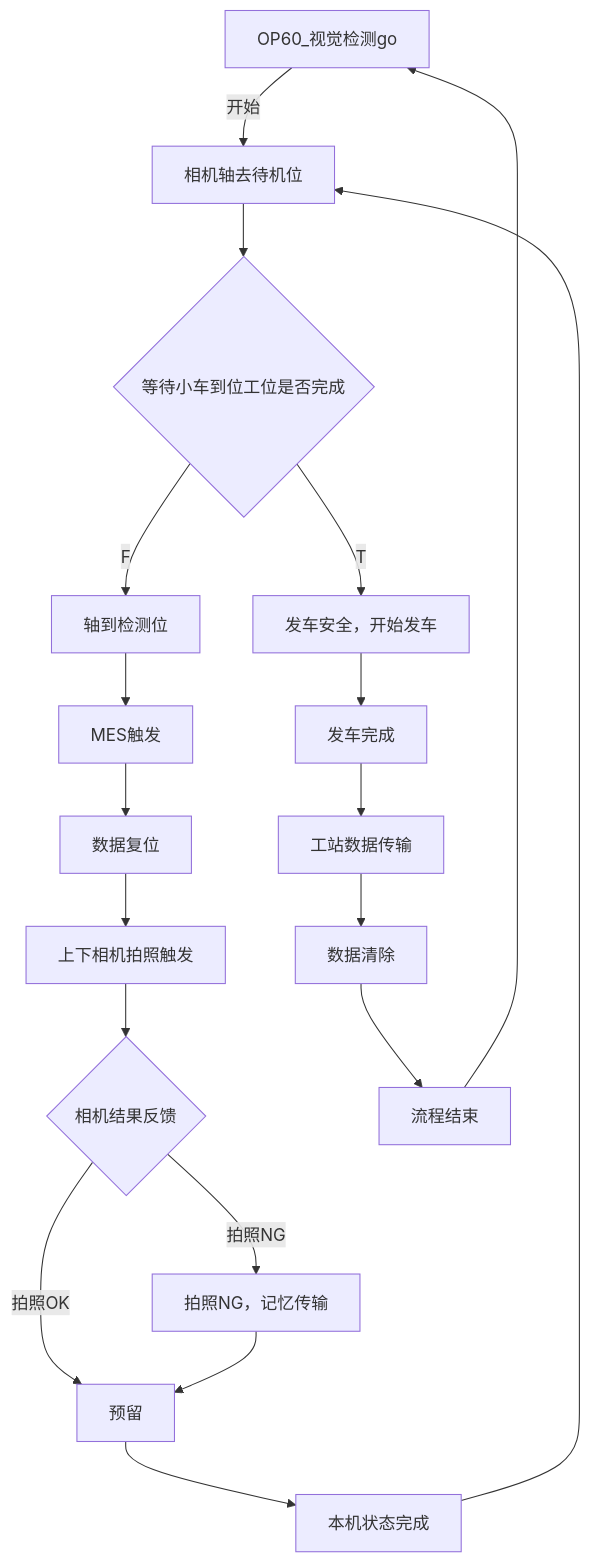
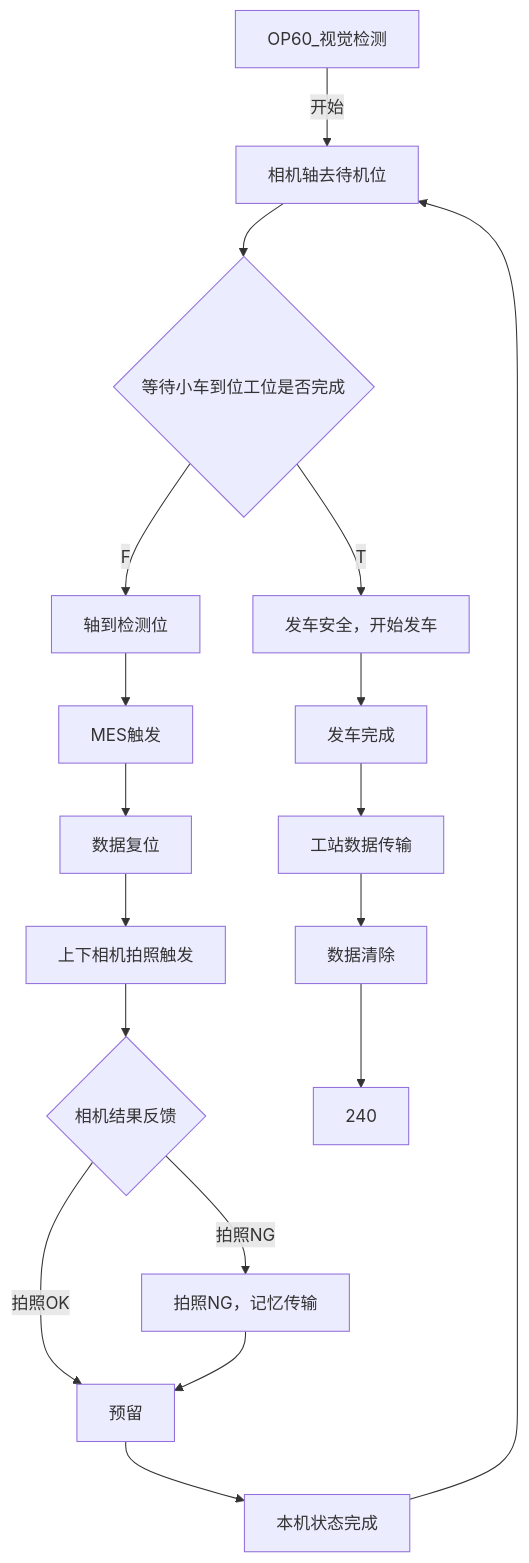
The diagram in all/未命名.md (zmq000/iodraw-files), drawn with Mermaid before and after one commit.

Commit message:
2026-06-17 14:46:50 update

````diff
--- a/all/未命名.md
+++ b/all/未命名.md
@@ -1,24 +1,24 @@
 ```mermaid
 graph TD
-   0[OP60_视觉检测go]-->|开始|10
+   0[OP60_视觉检测]-->|开始|10
    10[相机轴去待机位]-->20
    20{等待小车到位工位是否完成}-->|F|100
    20-->|T|200
    100[轴到检测位]-->105
    105[MES触发]-->110
    110[数据复位]-->120
    120[上下相机拍照触发]-->130
    130{相机结果反馈}-->|拍照NG|140
    130-->|拍照OK|150
    140[拍照NG，记忆传输]-->150
    150[预留]-->160
    160[本机状态完成]-->10
    200[发车安全，开始发车]-->210
    210[发车完成]-->220
    220[工站数据传输]-->230
    230[数据清除]-->240
-   240[流程结束]-->0
+   
 
 
    
 ```
````
